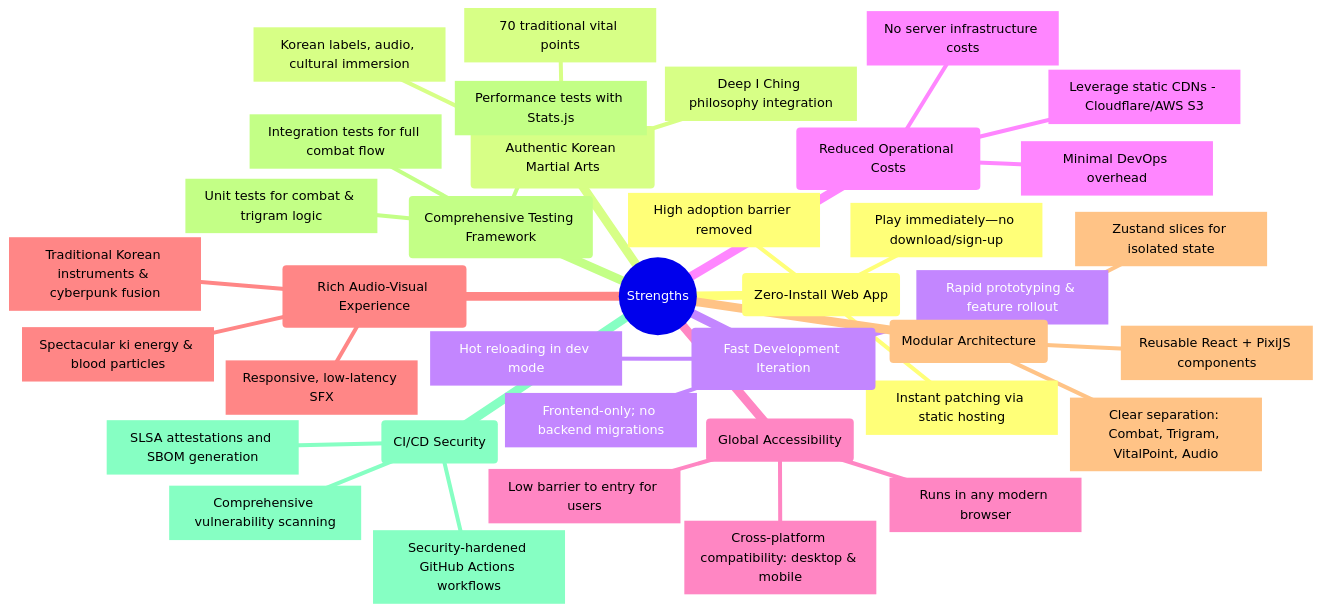
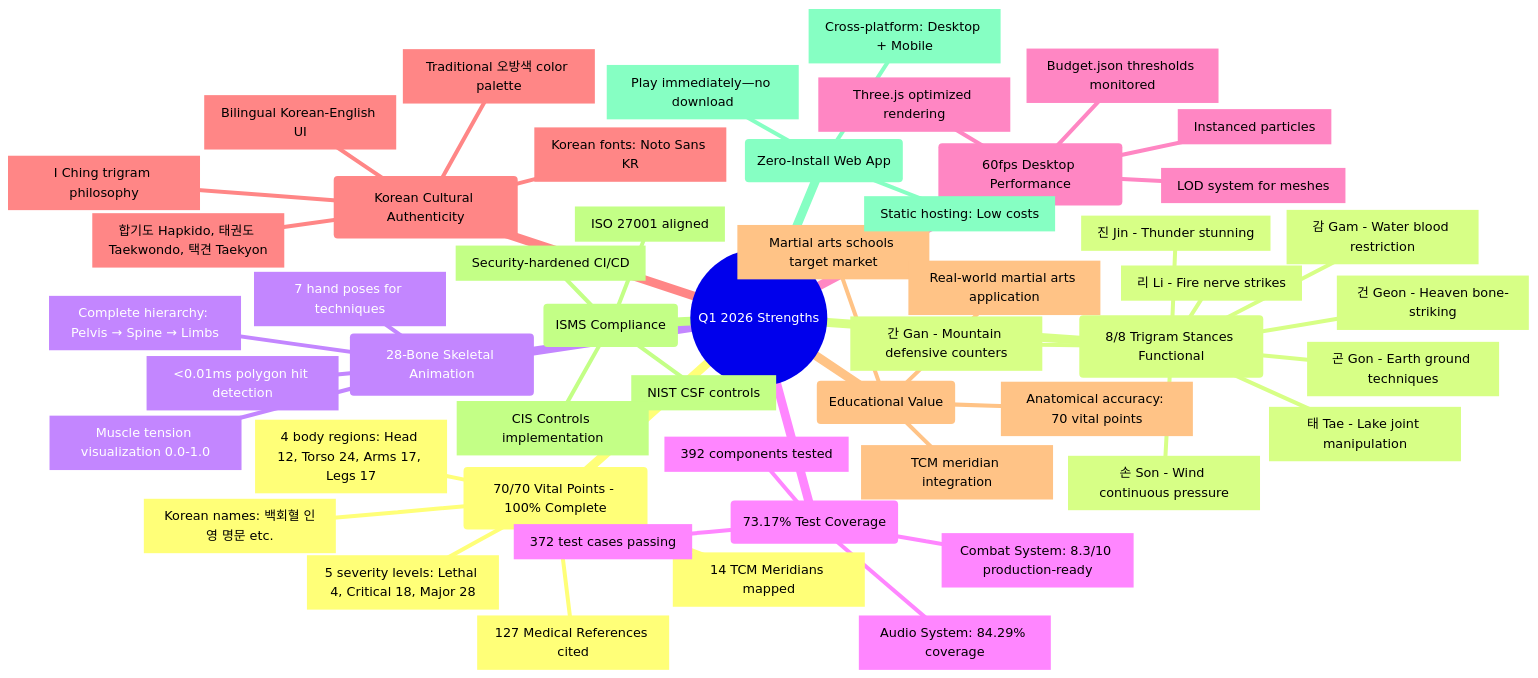
One commit to Hack23/blacktrigram changed the third of 8 diagrams in SWOT.md. Above: the diagram before and after it, drawn with Mermaid. The commit also changed other lines of this file and 1 other file, not shown here.

Commit message:
Complete SWOT.md and FUTURE_SWOT.md Q1 2026 comprehensive update with competitive analysis and AWS backend vision

````diff
--- a/SWOT.md
+++ b/SWOT.md
@@ -169,40 +348,54 @@
 ```mermaid
 mindmap
-  root((Strengths))
-    id1(Zero-Install Web App)
-      id1.1[Play immediately—no download/sign-up]
-      id1.2[Instant patching via static hosting]
-      id1.3[High adoption barrier removed]
-    id2(Authentic Korean Martial Arts)
-      id2.1[Deep I Ching philosophy integration]
-      id2.2[70 traditional vital points]
-      id2.3[Korean labels, audio, cultural immersion]
-    id3(Fast Development Iteration)
-      id3.1[Frontend-only; no backend migrations]
-      id3.2[Rapid prototyping & feature rollout]
-      id3.3[Hot reloading in dev mode]
-    id4(Reduced Operational Costs)
-      id4.1[No server infrastructure costs]
-      id4.2[Leverage static CDNs - Cloudflare/AWS S3]
-      id4.3[Minimal DevOps overhead]
-    id5(Global Accessibility)
-      id5.1[Runs in any modern browser]
-      id5.2[Cross-platform compatibility: desktop & mobile]
-      id5.3[Low barrier to entry for users]
-    id6(Rich Audio-Visual Experience)
-      id6.1[Traditional Korean instruments & cyberpunk fusion]
-      id6.2[Spectacular ki energy & blood particles]
-      id6.3[Responsive, low-latency SFX]
-    id7(Modular Architecture)
-      id7.1[Clear separation: Combat, Trigram, VitalPoint, Audio]
-      id7.2[Reusable React + PixiJS components]
-      id7.3[Zustand slices for isolated state]
-    id8(Comprehensive Testing Framework)
-      id8.1[Unit tests for combat & trigram logic]
-      id8.2[Integration tests for full combat flow]
-      id8.3[Performance tests with Stats.js]
-    id9(CI/CD Security)
-      id9.1[Security-hardened GitHub Actions workflows]
-      id9.2[SLSA attestations and SBOM generation]
-      id9.3[Comprehensive vulnerability scanning]
+  root((Q1 2026 Strengths))
+    id1(70/70 Vital Points - 100% Complete)
+      id1.1[4 body regions: Head 12, Torso 24, Arms 17, Legs 17]
+      id1.2[5 severity levels: Lethal 4, Critical 18, Major 28]
+      id1.3[Korean names: 백회혈 인영 명문 etc.]
+      id1.4[14 TCM Meridians mapped]
+      id1.5[127 Medical References cited]
+    id2(8/8 Trigram Stances Functional)
+      id2.1[건 Geon - Heaven bone-striking]
+      id2.2[태 Tae - Lake joint manipulation]
+      id2.3[리 Li - Fire nerve strikes]
+      id2.4[진 Jin - Thunder stunning]
+      id2.5[손 Son - Wind continuous pressure]
+      id2.6[감 Gam - Water blood restriction]
+      id2.7[간 Gan - Mountain defensive counters]
+      id2.8[곤 Gon - Earth ground techniques]
+    id3(28-Bone Skeletal Animation)
+      id3.1[Complete hierarchy: Pelvis → Spine → Limbs]
+      id3.2[7 hand poses for techniques]
+      id3.3[Muscle tension visualization 0.0-1.0]
+      id3.4[<0.01ms polygon hit detection]
+    id4(73.17% Test Coverage)
+      id4.1[392 components tested]
+      id4.2[372 test cases passing]
+      id4.3[Combat System: 8.3/10 production-ready]
+      id4.4[Audio System: 84.29% coverage]
+    id5(60fps Desktop Performance)
+      id5.1[Three.js optimized rendering]
+      id5.2[Instanced particles]
+      id5.3[LOD system for meshes]
+      id5.4[Budget.json thresholds monitored]
+    id6(Korean Cultural Authenticity)
+      id6.1[합기도 Hapkido, 태권도 Taekwondo, 택견 Taekyon]
+      id6.2[I Ching trigram philosophy]
+      id6.3[Bilingual Korean-English UI]
+      id6.4[Traditional 오방색 color palette]
+      id6.5[Korean fonts: Noto Sans KR]
+    id7(Educational Value)
+      id7.1[Anatomical accuracy: 70 vital points]
+      id7.2[Martial arts schools target market]
+      id7.3[TCM meridian integration]
+      id7.4[Real-world martial arts application]
+    id8(ISMS Compliance)
+      id8.1[ISO 27001 aligned]
+      id8.2[NIST CSF controls]
+      id8.3[CIS Controls implementation]
+      id8.4[Security-hardened CI/CD]
+    id9(Zero-Install Web App)
+      id9.1[Play immediately—no download]
+      id9.2[Cross-platform: Desktop + Mobile]
+      id9.3[Static hosting: Low costs]
 ```
````
